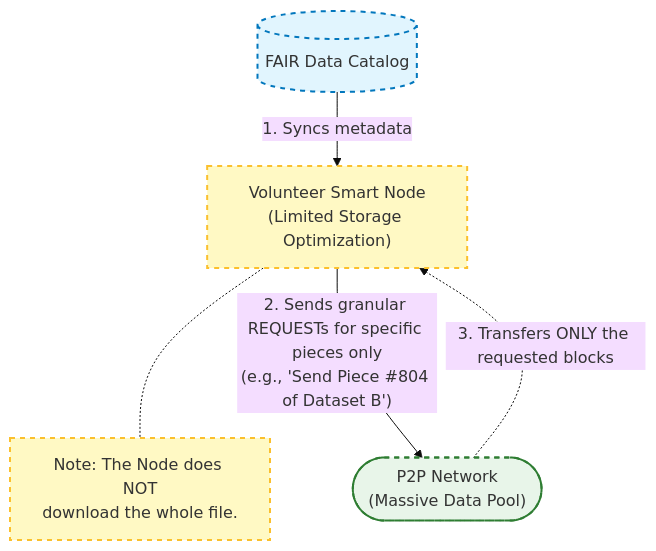
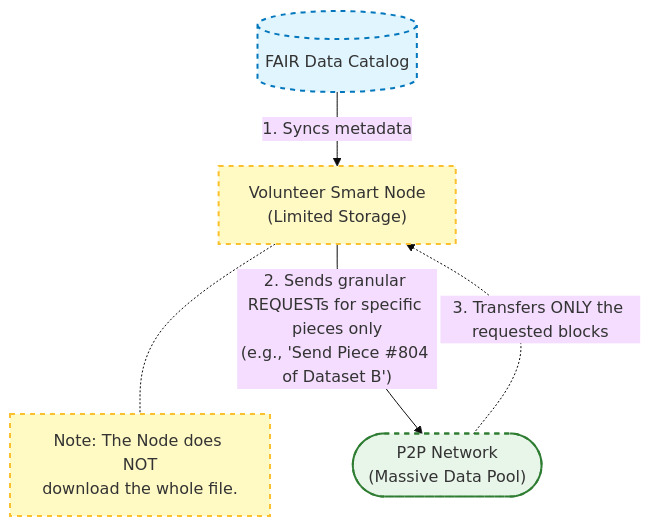
Before and after one commit to dataforcanada/www.dataforcanada.org: the second of 2 diagrams in content/docs/dissemination/_index.md, drawn with Mermaid (base theme). The commit also changed other lines of this file, not shown here.

````diff
--- a/content/docs/dissemination/_index.md
+++ b/content/docs/dissemination/_index.md
@@ -131,26 +131,26 @@
 ```mermaid
 graph TD
     %% Node Definitions with custom labels
     Catalog[("FAIR Data Catalog")]
-    SmartNode["Volunteer Smart Node<br/>(Limited Storage Optimization)"]
+    SmartNode["Volunteer Smart Node<br/>(Limited Storage)"]
     BTNetwork(["P2P Network<br/>(Massive Data Pool)"])
 
     %% The Process Flow
     Catalog -->|"1. Syncs metadata"| SmartNode
     
     note["Note: The Node does NOT<br/>download the whole file."]
     SmartNode -.- note
 
     SmartNode -->|"2. Sends granular REQUESTs for specific pieces only<br/>(e.g., 'Send Piece #804 of Dataset B')"| BTNetwork
     
     BTNetwork -.->|"3. Transfers ONLY the requested blocks"| SmartNode
 
     %% Optional Styling for visual clarity
     classDef central fill:#e1f5fe,stroke:#0277bd,stroke-width:2px;
     classDef node fill:#fff9c4,stroke:#fbc02d,stroke-width:2px,stroke-dasharray: 5 5;
     classDef network fill:#e8f5e9,stroke:#2e7d32,stroke-width:2px;
     
     class Catalog central;
     class SmartNode node;
     class BTNetwork network;
 ```
````
